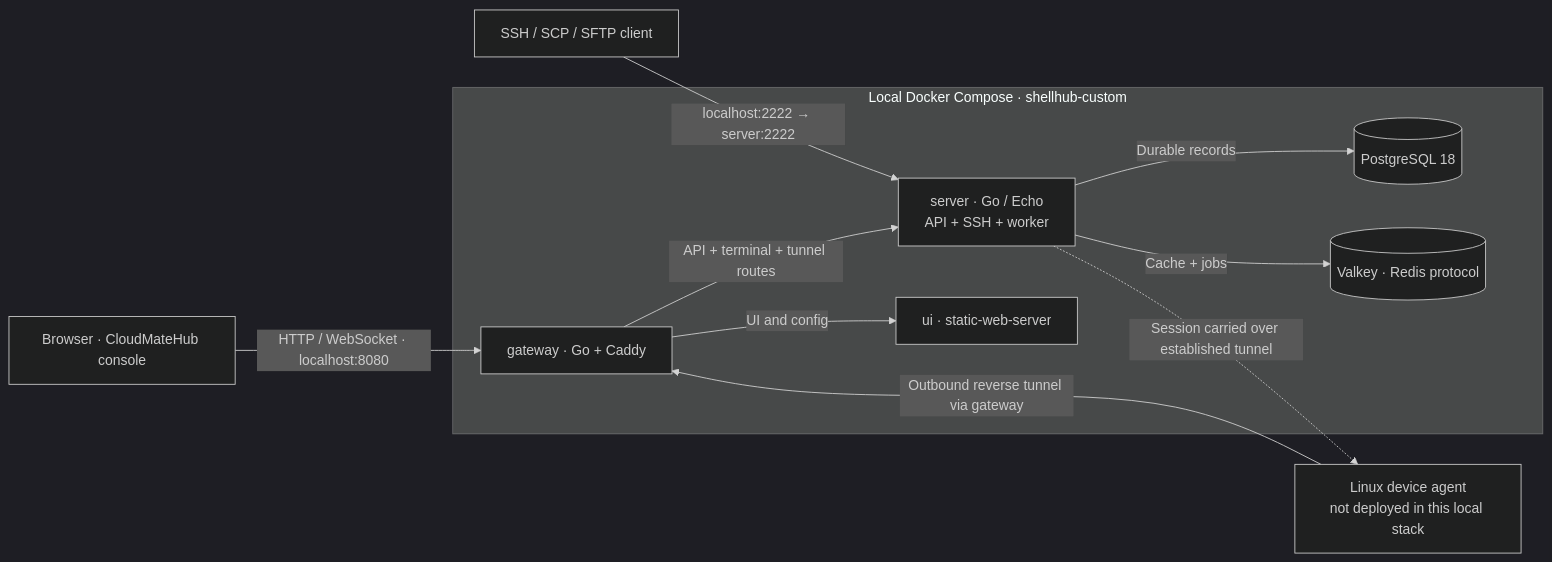
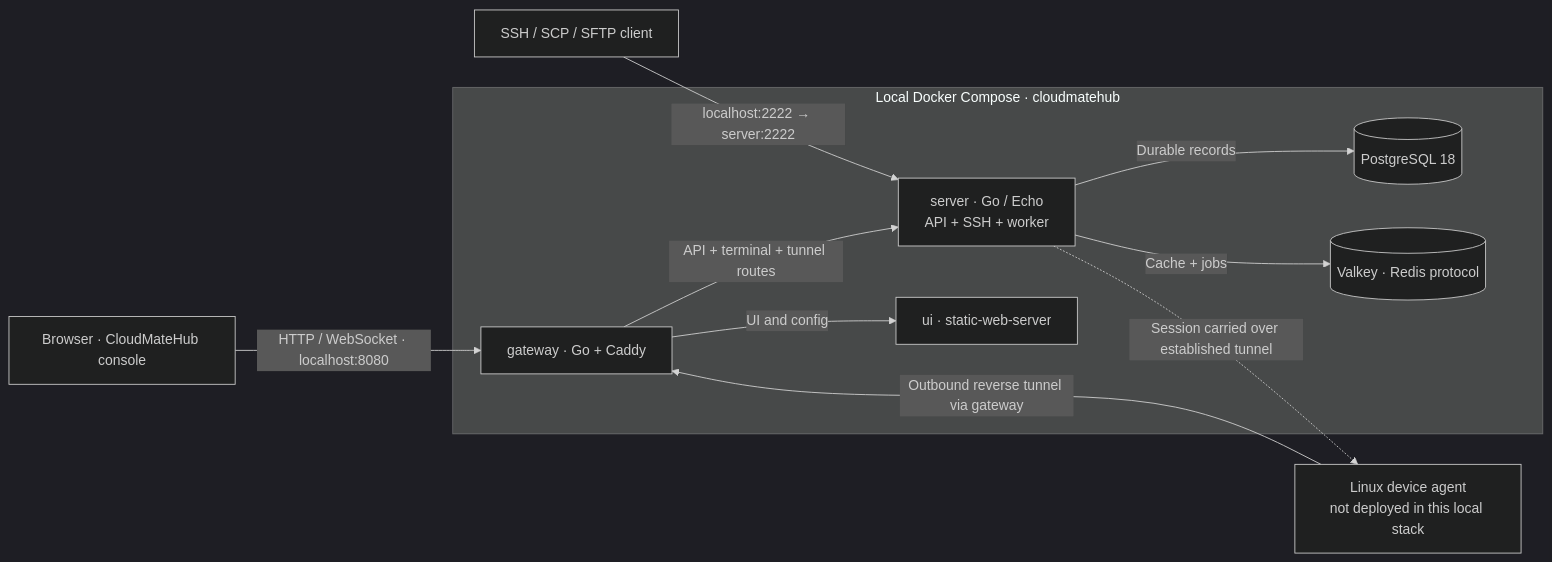
One commit to hamidrmjd/CloudMateHub changed the diagram in README.md. Above: the diagram before and after it, drawn with Mermaid (dark theme). The commit also changed other lines of this file and 114 other files, not shown here.

````diff
--- a/README.md
+++ b/README.md
@@ -26,16 +26,16 @@
 ```mermaid
 flowchart LR
     Browser["Browser · CloudMateHub console"] -->|"HTTP / WebSocket · localhost:8080"| Gateway
     SSH["SSH / SCP / SFTP client"] -->|"localhost:2222 → server:2222"| Server
-    subgraph Stack["Local Docker Compose · shellhub-custom"]
+    subgraph Stack["Local Docker Compose · cloudmatehub"]
       Gateway["gateway · Go + Caddy"] -->|"UI and config"| UI["ui · static-web-server"]
       Gateway -->|"API + terminal + tunnel routes"| Server["server · Go / Echo
 API + SSH + worker"]
       Server -->|"Durable records"| PG[("PostgreSQL 18")]
       Server -->|"Cache + jobs"| Redis[("Valkey · Redis protocol")]
     end
     Agent["Linux device agent
 not deployed in this local stack"] -->|"Outbound reverse tunnel via gateway"| Gateway
     Server -.->|"Session carried over established tunnel"| Agent
 
 ```
````
